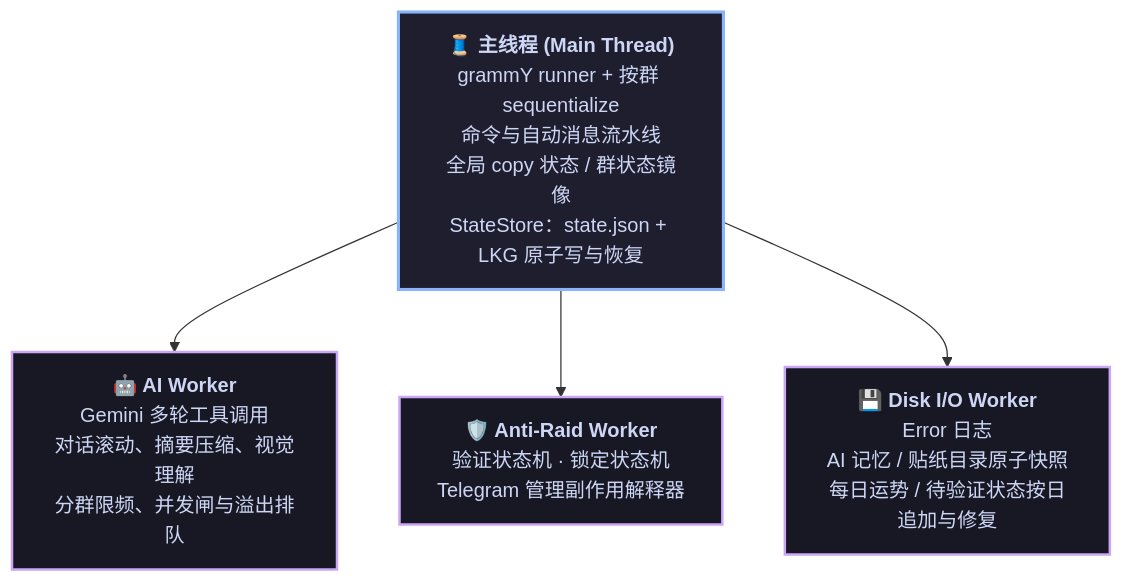
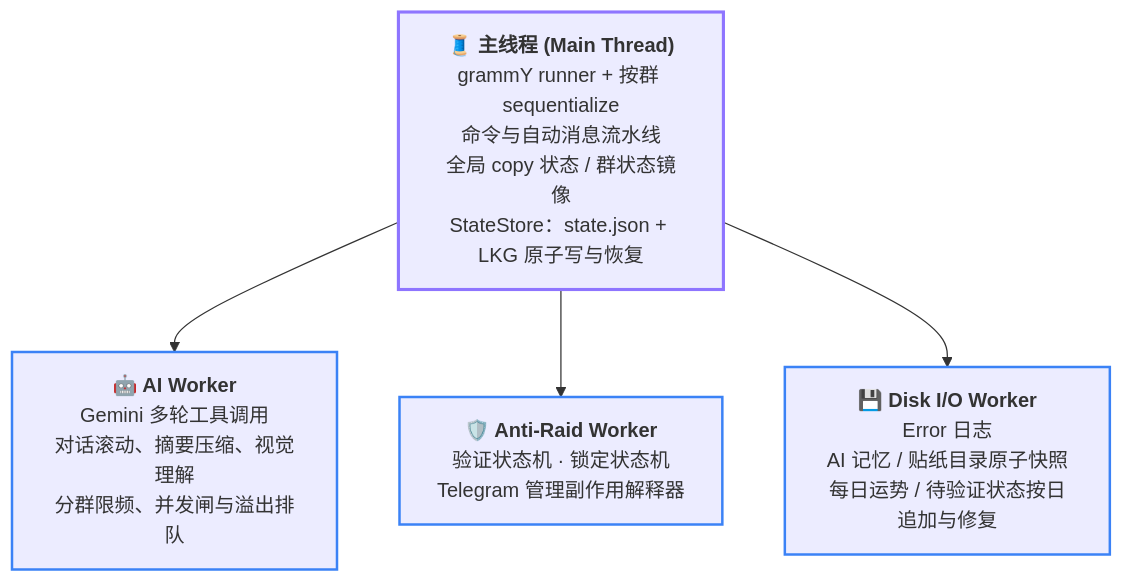
One commit to Asashishi/copy_ninjia changed the second of 2 diagrams in README.md. Above: the diagram before and after it, drawn with Mermaid. The commit also changed other lines of this file, not shown here.

````diff
--- a/README.md
+++ b/README.md
@@ -302,18 +305,17 @@
 ```mermaid
 flowchart TD
-    %% 样式定义以增强视觉效果
-    classDef main fill:#1e1e2e,stroke:#89b4fa,stroke-width:2.5px,color:#cdd6f4;
-    classDef worker fill:#181825,stroke:#cba6f7,stroke-width:2px,color:#cdd6f4;
+    classDef main stroke:#8e75ff,stroke-width:2.5px;
+    classDef worker stroke:#3b82f6,stroke-width:2px;
 
     MAIN["<b>🧵 主线程 (Main Thread)</b><br/>grammY runner + 按群 sequentialize<br/>命令与自动消息流水线<br/>全局 copy 状态 / 群状态镜像<br/>StateStore：state.json + LKG 原子写与恢复"]:::main
     
     AI["<b>🤖 AI Worker</b><br/>Gemini 多轮工具调用<br/>对话滚动、摘要压缩、视觉理解<br/>分群限频、并发闸与溢出排队"]:::worker
     
     RAID["<b>🛡️ Anti-Raid Worker</b><br/>验证状态机 · 锁定状态机<br/>Telegram 管理副作用解释器"]:::worker
     
     DISK["<b>💾 Disk I/O Worker</b><br/>Error 日志<br/>AI 记忆 / 贴纸目录原子快照<br/>每日运势 / 待验证状态按日追加与修复"]:::worker
 
     MAIN --> AI
     MAIN --> RAID
     MAIN --> DISK
 ```
````
